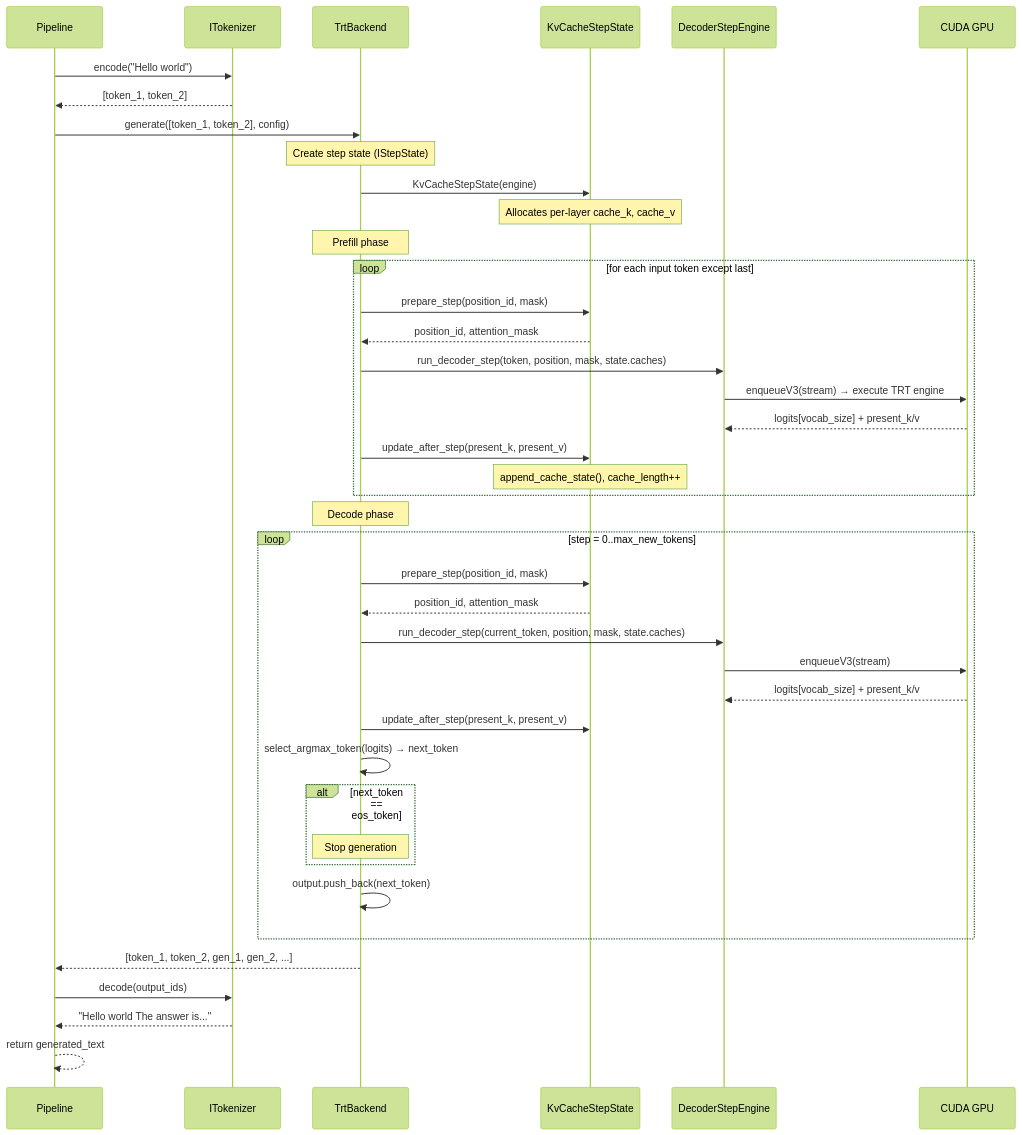
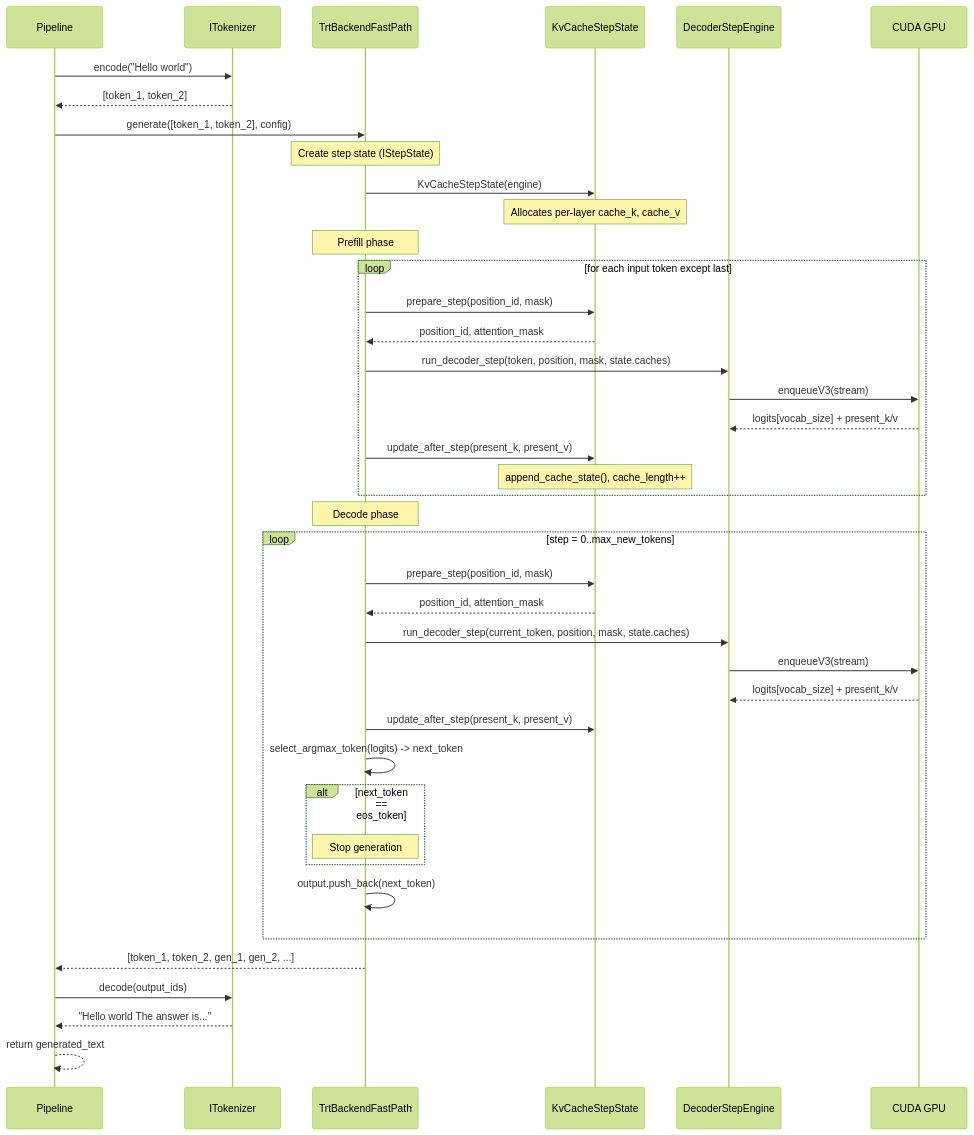
One commit to AbishekCoder1/TensorRT-Model-Connect changed the third of 5 diagrams in docs/wiki/Dynamic-Design.md. Above: the diagram before and after it, drawn with Mermaid (forest theme). The commit also changed other lines of this file and 108 other files, not shown here.

````diff
--- a/docs/wiki/Dynamic-Design.md
+++ b/docs/wiki/Dynamic-Design.md
@@ -348,48 +120,48 @@
 ```mermaid
 sequenceDiagram
     participant P as Pipeline
     participant T as ITokenizer
-    participant B as TrtBackend
+    participant B as TrtBackendFastPath
     participant S as KvCacheStepState
     participant E as DecoderStepEngine
     participant GPU as CUDA GPU
 
     P->>T: encode("Hello world")
     T-->>P: [token_1, token_2]
     P->>B: generate([token_1, token_2], config)
 
     Note over B: Create step state (IStepState)
     B->>S: KvCacheStepState(engine)
     Note over S: Allocates per-layer cache_k, cache_v
 
     Note over B: Prefill phase
     loop for each input token except last
         B->>S: prepare_step(position_id, mask)
         S-->>B: position_id, attention_mask
         B->>E: run_decoder_step(token, position, mask, state.caches)
-        E->>GPU: enqueueV3(stream) → execute TRT engine
+        E->>GPU: enqueueV3(stream)
         GPU-->>E: logits[vocab_size] + present_k/v
         B->>S: update_after_step(present_k, present_v)
         Note over S: append_cache_state(), cache_length++
     end
 
     Note over B: Decode phase
     loop step = 0..max_new_tokens
         B->>S: prepare_step(position_id, mask)
         S-->>B: position_id, attention_mask
         B->>E: run_decoder_step(current_token, position, mask, state.caches)
         E->>GPU: enqueueV3(stream)
         GPU-->>E: logits[vocab_size] + present_k/v
         B->>S: update_after_step(present_k, present_v)
-        B->>B: select_argmax_token(logits) → next_token
+        B->>B: select_argmax_token(logits) -> next_token
         alt next_token == eos_token
             Note over B: Stop generation
         end
         B->>B: output.push_back(next_token)
     end
 
     B-->>P: [token_1, token_2, gen_1, gen_2, ...]
     P->>T: decode(output_ids)
     T-->>P: "Hello world The answer is..."
     P-->>P: return generated_text
 ```
````
